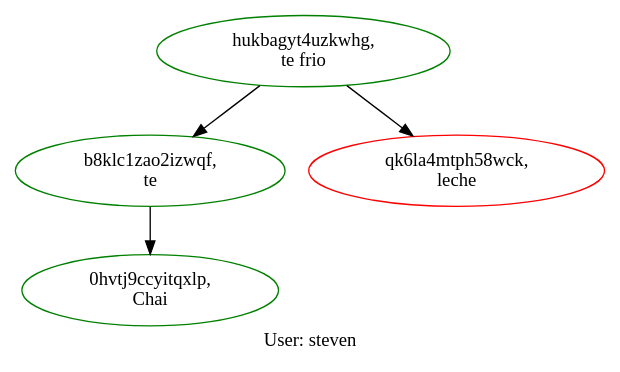
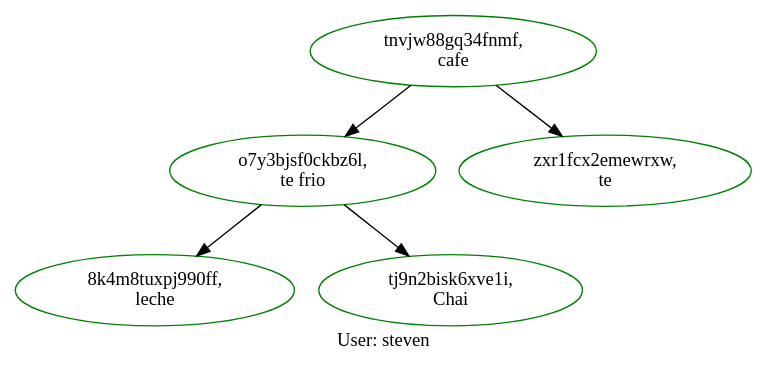
Before and after one commit to Stevensis/EDD20VJ_Proyecto1: the diagram in ActivosDe_steven.dot, drawn with Graphviz. The commit also changed 21 other files, not shown here.

```diff
--- a/ActivosDe_steven.dot
+++ b/ActivosDe_steven.dot
@@ -1,12 +1,14 @@
 digraph G { 
 
  label=" User: steven"
 node [height=0.5, width=1.2];
-"0hvtj9ccyitqxlp" [label=" 0hvtj9ccyitqxlp,\nChai",color=green] 
-"b8klc1zao2izwqf" [label=" b8klc1zao2izwqf,\nte",color=green] 
-"b8klc1zao2izwqf" -> "0hvtj9ccyitqxlp" 
-"hukbagyt4uzkwhg" [label=" hukbagyt4uzkwhg,\nte frio",color=green] 
-"hukbagyt4uzkwhg" -> "qk6la4mtph58wck" 
-"hukbagyt4uzkwhg" -> "b8klc1zao2izwqf" 
-"qk6la4mtph58wck" [label=" qk6la4mtph58wck,\nleche",color=red] 
+"8k4m8tuxpj990ff" [label=" 8k4m8tuxpj990ff,\nleche",color=green] 
+"o7y3bjsf0ckbz6l" [label=" o7y3bjsf0ckbz6l,\nte frio",color=green] 
+"o7y3bjsf0ckbz6l" -> "tj9n2bisk6xve1i" 
+"o7y3bjsf0ckbz6l" -> "8k4m8tuxpj990ff" 
+"tj9n2bisk6xve1i" [label=" tj9n2bisk6xve1i,\nChai",color=green] 
+"tnvjw88gq34fnmf" [label=" tnvjw88gq34fnmf,\ncafe",color=green] 
+"tnvjw88gq34fnmf" -> "zxr1fcx2emewrxw" 
+"tnvjw88gq34fnmf" -> "o7y3bjsf0ckbz6l" 
+"zxr1fcx2emewrxw" [label=" zxr1fcx2emewrxw,\nte",color=green] 
 }
```
